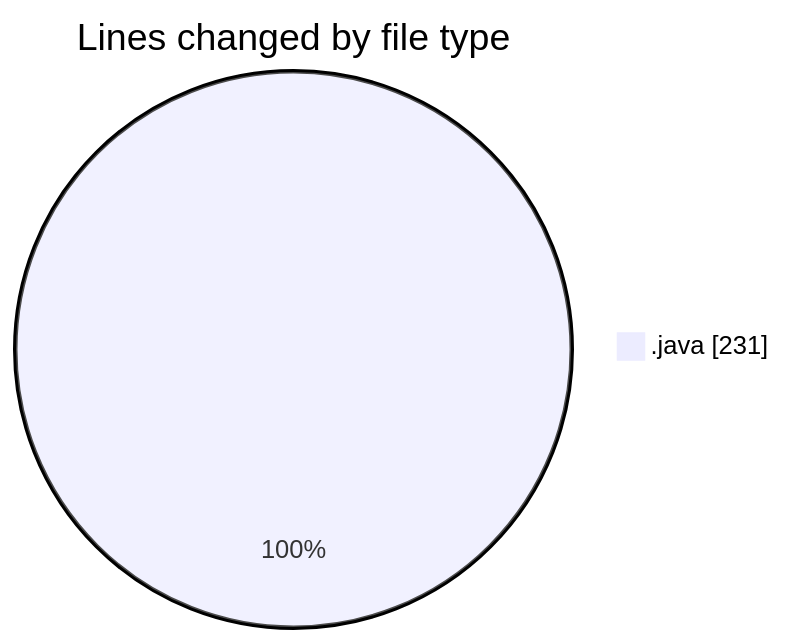
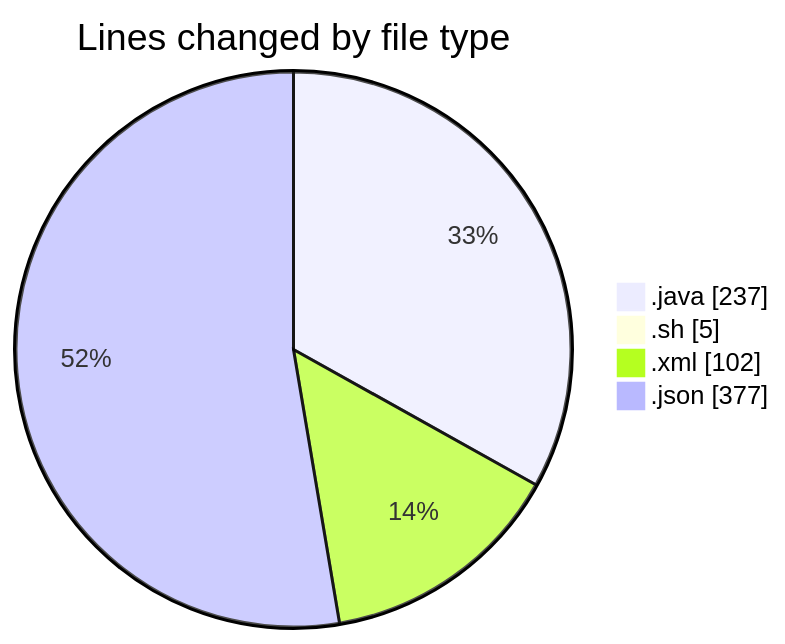
One commit to charlie-sans/code-tracking changed the first of 2 diagrams in 2025-02-19/micros/README.md. Above: the diagram before and after it, drawn with Mermaid. The commit also changed other lines of this file and 1 other file, not shown here.

````diff
--- a/2025-02-19/micros/README.md
+++ b/2025-02-19/micros/README.md
@@ -22,5 +25,8 @@
 ```mermaid
 pie showData
 title Lines changed by file type
-".java" : 231
+".java" : 237
+".sh" : 5
+".xml" : 102
+".json" : 377
 ```
````
